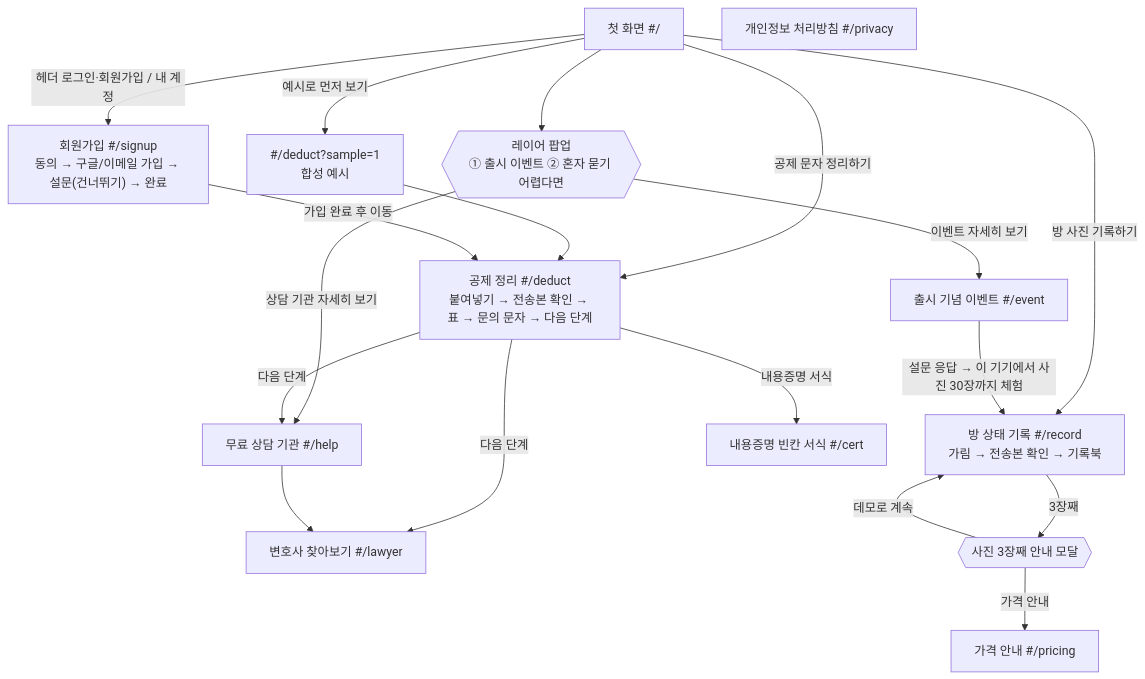
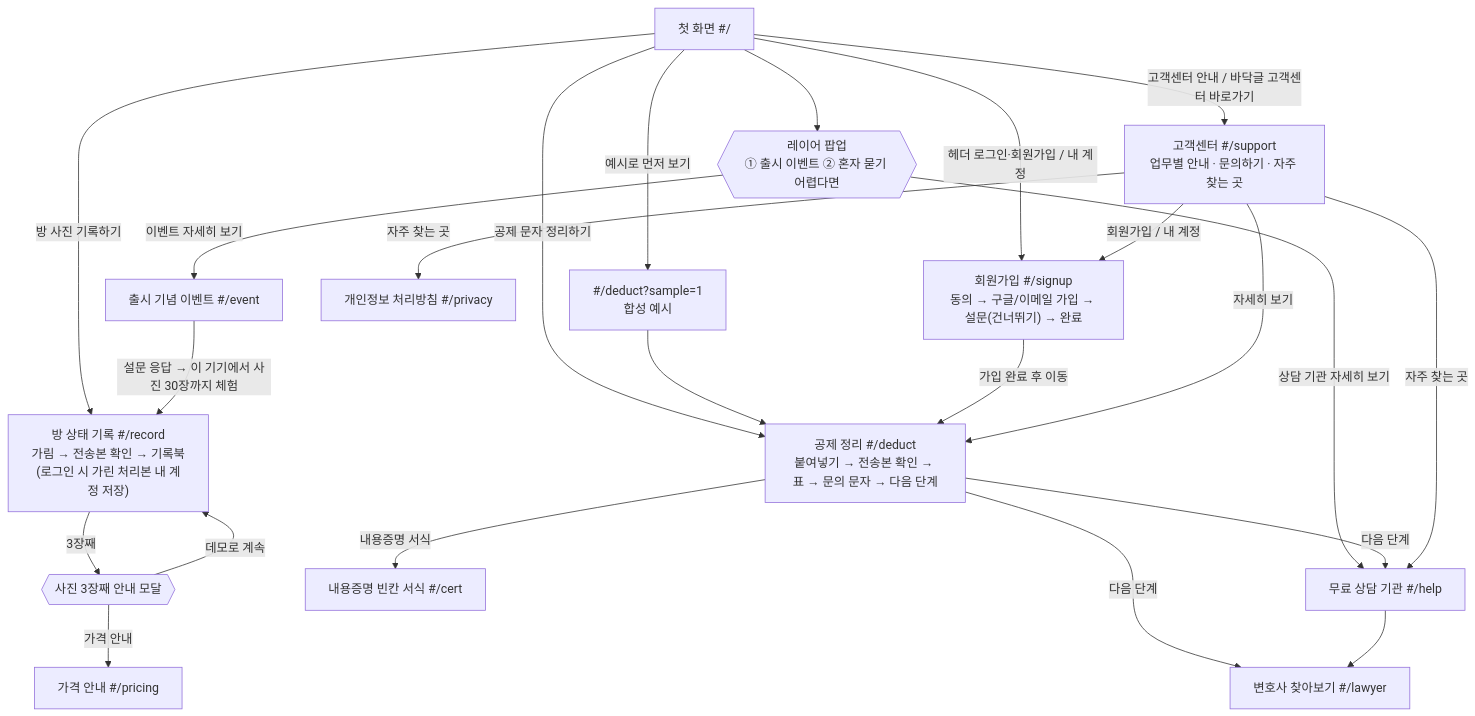
The diagram in docs/SCREENS.md (a1paka12/AIBuilder_Challenge), drawn with Mermaid before and after one commit. The commit also changed other lines of this file and 32 other files, not shown here.

First line of the commit message:
feat: 고객센터 페이지, 첫 화면 정리, 변호사 단계식, 가입 설문, 로그인 사진 서버 보관, 기록 날짜=서버 기록 시각, 전송본 확인 단순화, 문자 앱 열기 모바일만

````diff
--- a/docs/SCREENS.md
+++ b/docs/SCREENS.md
@@ -26,33 +26,39 @@
 ```mermaid
 flowchart TD
     HOME["첫 화면 #/"]
     POP{{"레이어 팝업<br/>① 출시 이벤트 ② 혼자 묻기 어렵다면"}}
     DEDUCT["공제 정리 #/deduct<br/>붙여넣기 → 전송본 확인 → 표 → 문의 문자 → 다음 단계"]
     SAMPLE["#/deduct?sample=1<br/>합성 예시"]
-    RECORD["방 상태 기록 #/record<br/>가림 → 전송본 확인 → 기록북"]
+    RECORD["방 상태 기록 #/record<br/>가림 → 전송본 확인 → 기록북<br/>(로그인 시 가린 처리본 내 계정 저장)"]
     LAWYER["변호사 찾아보기 #/lawyer"]
     HELP["무료 상담 기관 #/help"]
     CERT["내용증명 빈칸 서식 #/cert"]
     PRICING["가격 안내 #/pricing"]
     EVENT["출시 기념 이벤트 #/event"]
     PRIVACY["개인정보 처리방침 #/privacy"]
     LIMIT{{"사진 3장째 안내 모달"}}
+    SUPPORT["고객센터 #/support<br/>업무별 안내 · 문의하기 · 자주 찾는 곳"]
     SIGNUP["회원가입 #/signup<br/>동의 → 구글/이메일 가입 → 설문(건너뛰기) → 완료"]
 
     HOME --> POP
     POP -->|"이벤트 자세히 보기"| EVENT
     POP -->|"상담 기관 자세히 보기"| HELP
     HOME -->|"공제 문자 정리하기"| DEDUCT
     HOME -->|"예시로 먼저 보기"| SAMPLE --> DEDUCT
     HOME -->|"방 사진 기록하기"| RECORD
     DEDUCT -->|"다음 단계"| LAWYER
     DEDUCT -->|"다음 단계"| HELP
     DEDUCT -->|"내용증명 서식"| CERT
     RECORD -->|"3장째"| LIMIT
     LIMIT -->|"가격 안내"| PRICING
     LIMIT -->|"데모로 계속"| RECORD
     EVENT -->|"설문 응답 → 이 기기에서 사진 30장까지 체험"| RECORD
     HELP --> LAWYER
     HOME -->|"헤더 로그인·회원가입 / 내 계정"| SIGNUP
     SIGNUP -->|"가입 완료 후 이동"| DEDUCT
+    HOME -->|"고객센터 안내 / 바닥글 고객센터 바로가기"| SUPPORT
+    SUPPORT -->|"자세히 보기"| DEDUCT
+    SUPPORT -->|"자주 찾는 곳"| PRIVACY
+    SUPPORT -->|"자주 찾는 곳"| HELP
+    SUPPORT -->|"회원가입 / 내 계정"| SIGNUP
 ```
````
